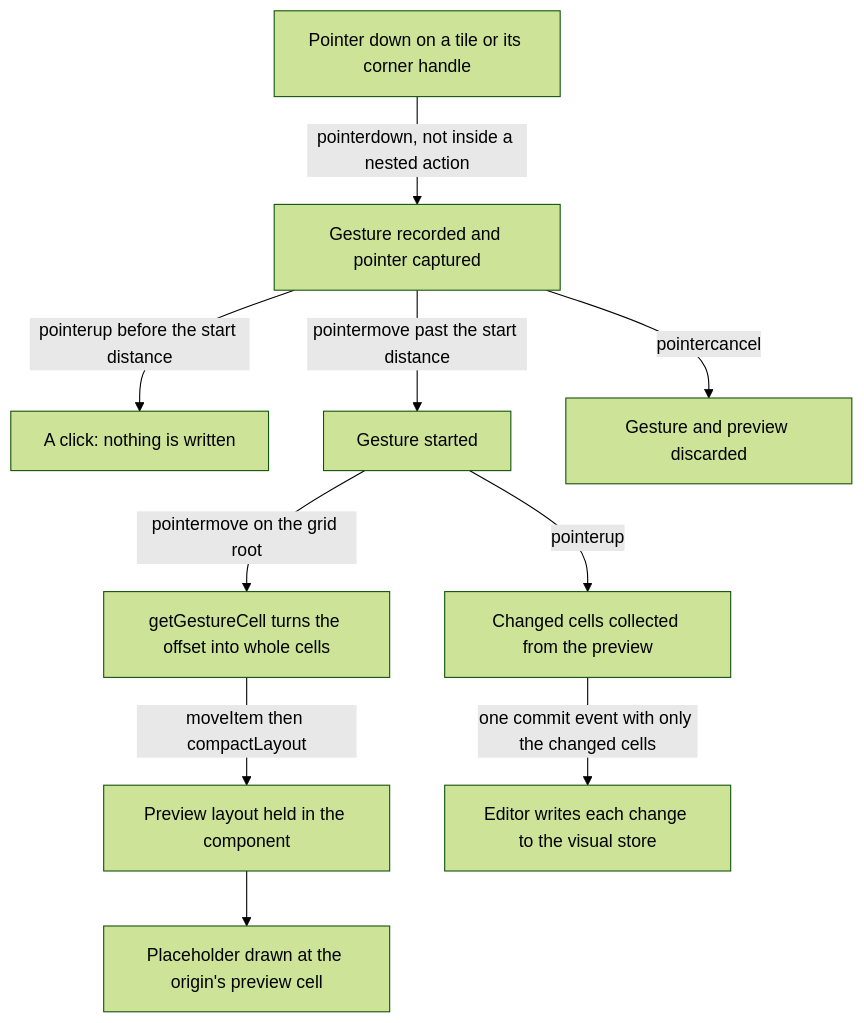
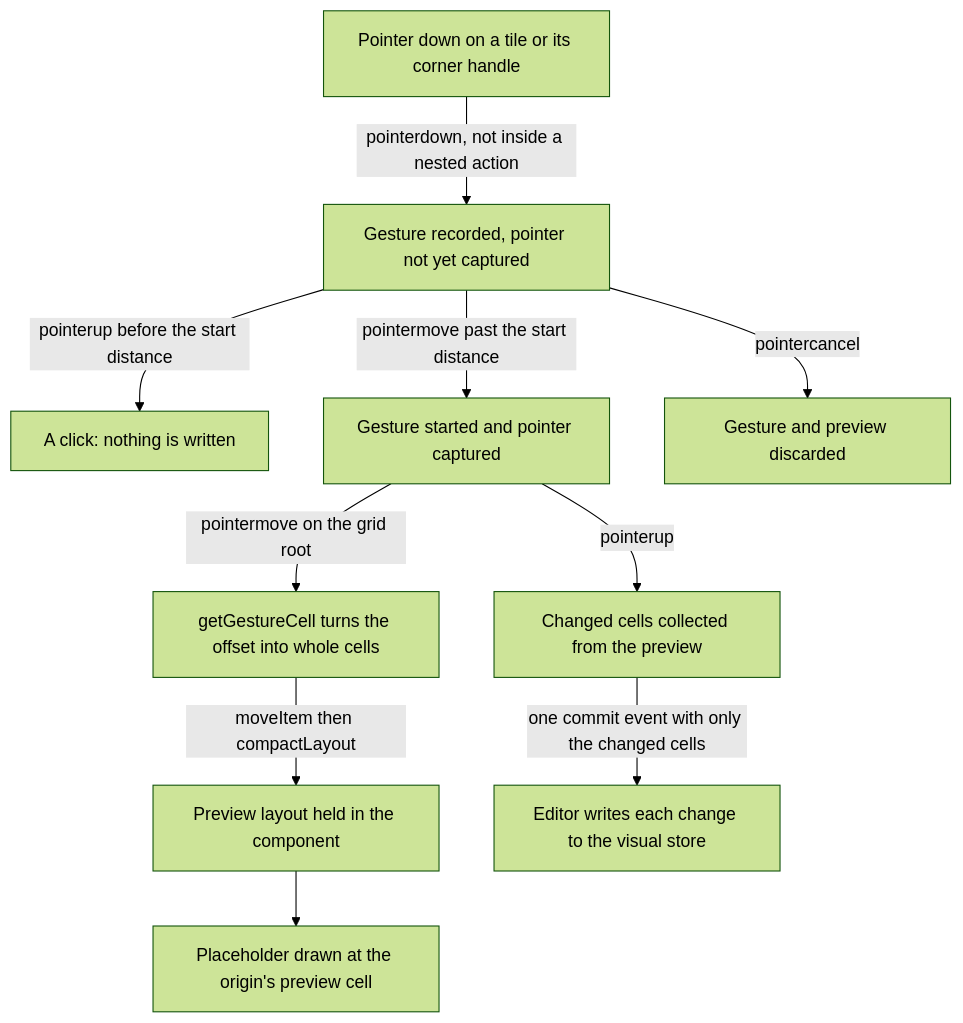
Before and after one commit to Esposter/Esposter: the diagram in openspec/specs/resource/dashboard-grid/design.md, drawn with Mermaid (forest theme).

Commit message:
docs(openspec): the grid's pointer is captured once the drag starts, not on the press

````diff
--- a/openspec/specs/resource/dashboard-grid/design.md
+++ b/openspec/specs/resource/dashboard-grid/design.md
@@ -9,12 +9,12 @@
 ```mermaid
 flowchart TD
-  A["Pointer down on a tile or its corner handle"] -->|"pointerdown, not inside a nested action"| B["Gesture recorded and pointer captured"]
+  A["Pointer down on a tile or its corner handle"] -->|"pointerdown, not inside a nested action"| B["Gesture recorded, pointer not yet captured"]
   B -->|"pointerup before the start distance"| C["A click: nothing is written"]
-  B -->|"pointermove past the start distance"| D["Gesture started"]
+  B -->|"pointermove past the start distance"| D["Gesture started and pointer captured"]
   D -->|"pointermove on the grid root"| E["getGestureCell turns the offset into whole cells"]
   E -->|"moveItem then compactLayout"| F["Preview layout held in the component"]
   F --> G["Placeholder drawn at the origin's preview cell"]
   D -->|"pointerup"| H["Changed cells collected from the preview"]
   H -->|"one commit event with only the changed cells"| I["Editor writes each change to the visual store"]
   B -->|"pointercancel"| J["Gesture and preview discarded"]
 ```
````
